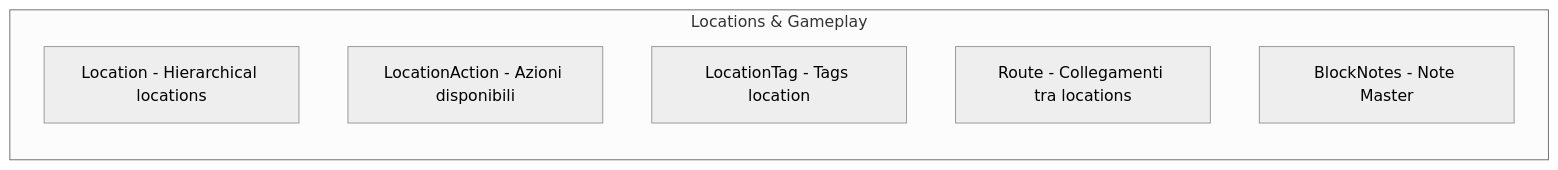
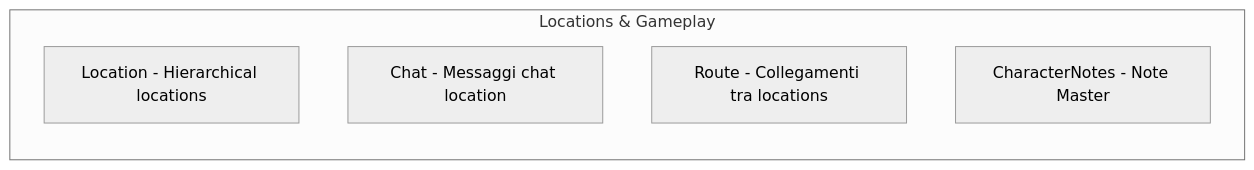
Before and after one commit to pagliagen/tenpennynovels: the third of 13 diagrams in docs/01-infrastructure/mongodb-schemas.md, drawn with Mermaid (neutral theme). The commit also changed other lines of this file and 86 other files, not shown here.

````diff
--- a/docs/01-infrastructure/mongodb-schemas.md
+++ b/docs/01-infrastructure/mongodb-schemas.md
@@ -46,10 +45,9 @@
 ```mermaid
 flowchart LR
     subgraph Locations["Locations & Gameplay"]
         Location[Location - Hierarchical locations]
-        LocationAction[LocationAction - Azioni disponibili]
-        LocationTag[LocationTag - Tags location]
+        Chat[Chat - Messaggi chat location]
         Route[Route - Collegamenti tra locations]
-        BlockNotes[BlockNotes - Note Master]
+        CharacterNotes[CharacterNotes - Note Master]
     end
 ```
````
